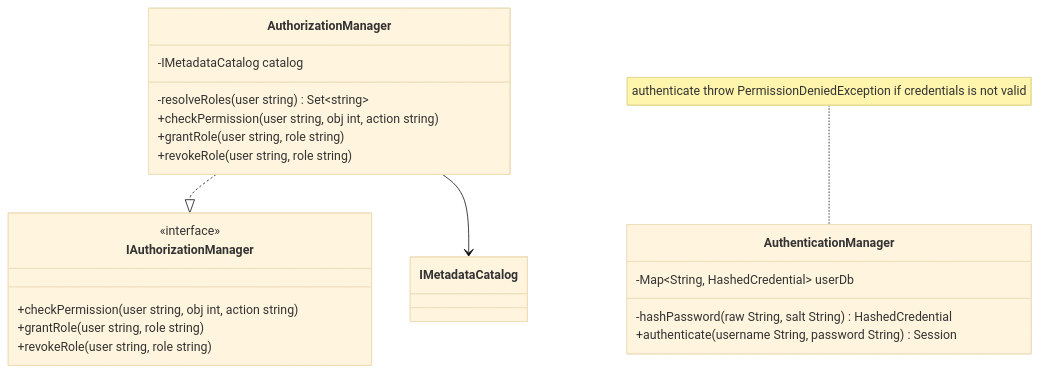
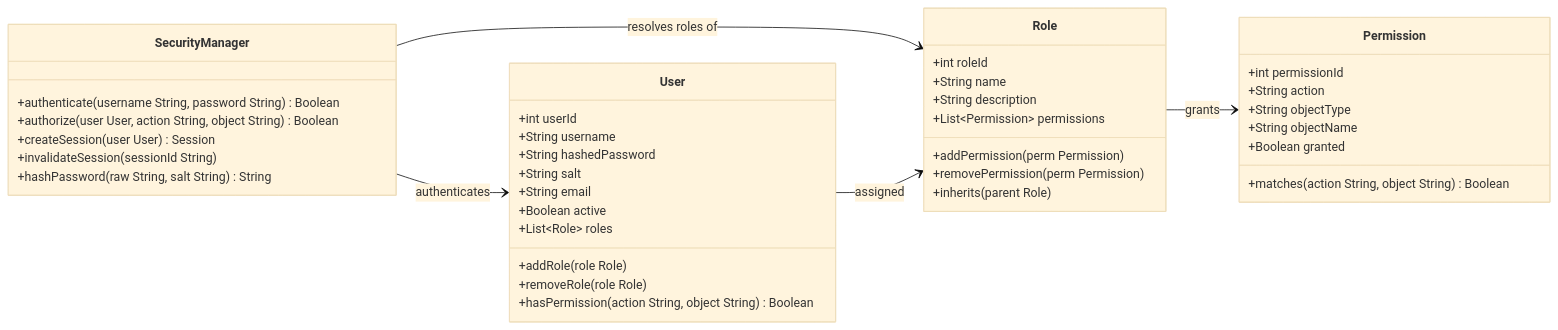
The eighth of 8 diagrams in README.md (Hagiakhanh/bbv-dbms), drawn with Mermaid (base theme) before and after one commit. The commit also changed other lines of this file and 1 other file, not shown here.

Commit message:
update list test case database server

````diff
--- a/README.md
+++ b/README.md
@@ -798,28 +735,49 @@
 ```mermaid
 classDiagram
+direction LR
 
-    class IAuthorizationManager {
-        <<interface>>
-        +checkPermission(user string, obj int, action string)
-        +grantRole(user string, role string)
-        +revokeRole(user string, role string)
+    class SecurityManager {
+        +authenticate(username String, password String) Boolean
+        +authorize(user User, action String, object String) Boolean
+        +createSession(user User) Session
+        +invalidateSession(sessionId String)
+        +hashPassword(raw String, salt String) String
     }
 
-    class AuthenticationManager {
-        -Map~String, HashedCredential~ userDb
-        -hashPassword(raw String, salt String) HashedCredential
-        +authenticate(username String, password String) Session
-    }
-    note for AuthenticationManager "authenticate throw PermissionDeniedException if credentials is not valid"
-
-    class AuthorizationManager {
-        -IMetadataCatalog catalog
-        -resolveRoles(user string) Set~string~
-        +checkPermission(user string, obj int, action string)
-        +grantRole(user string, role string)
-        +revokeRole(user string, role string)
+    class User {
+        +int userId
+        +String username
+        +String hashedPassword
+        +String salt
+        +String email
+        +Boolean active
+        +List~Role~ roles
+        +addRole(role Role)
+        +removeRole(role Role)
+        +hasPermission(action String, object String) Boolean
     }
 
-    AuthorizationManager ..|> IAuthorizationManager
-    AuthorizationManager --> IMetadataCatalog
+    class Role {
+        +int roleId
+        +String name
+        +String description
+        +List~Permission~ permissions
+        +addPermission(perm Permission)
+        +removePermission(perm Permission)
+        +inherits(parent Role)
+    }
+
+    class Permission {
+        +int permissionId
+        +String action
+        +String objectType
+        +String objectName
+        +Boolean granted
+        +matches(action String, object String) Boolean
+    }
+
+    SecurityManager --> User       : authenticates
+    SecurityManager --> Role       : resolves roles of
+    Role --> Permission            : grants
+    User --> Role                  : assigned
 ```
````
